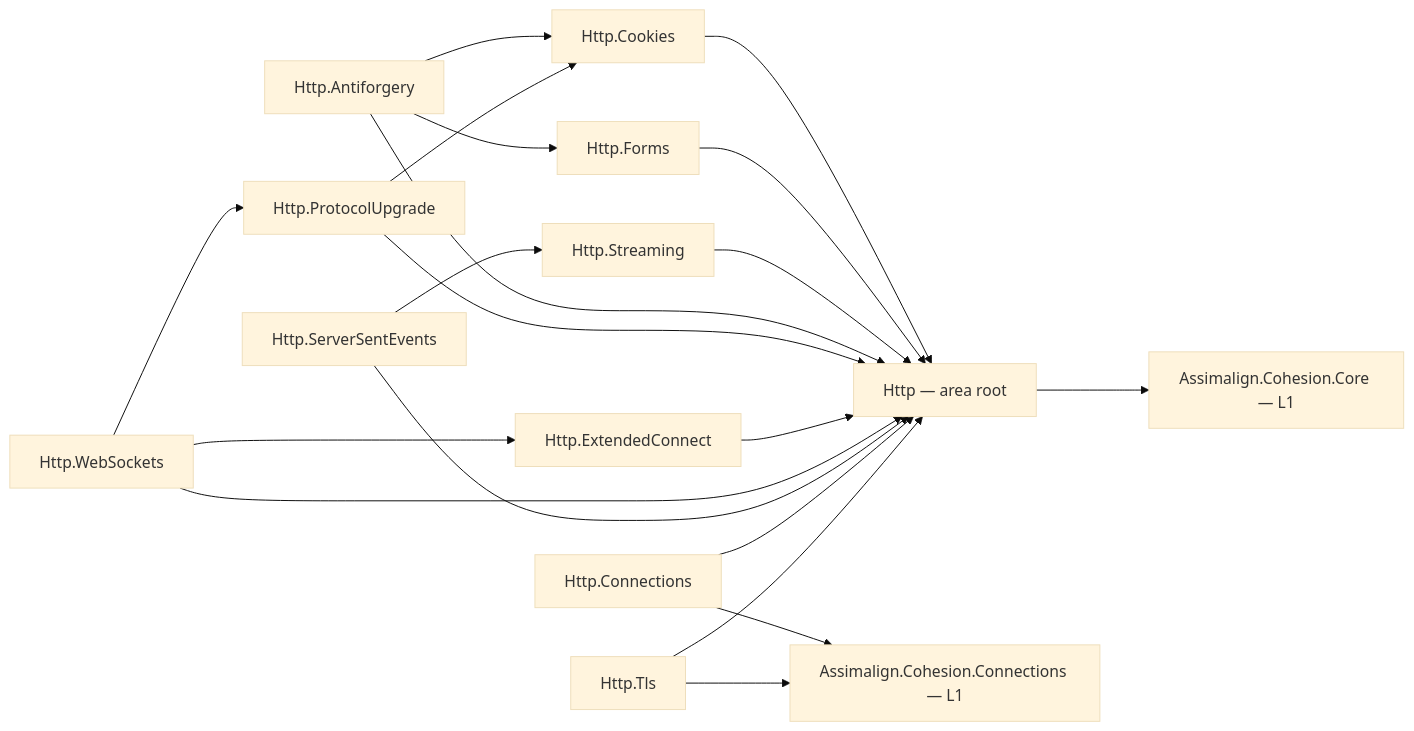
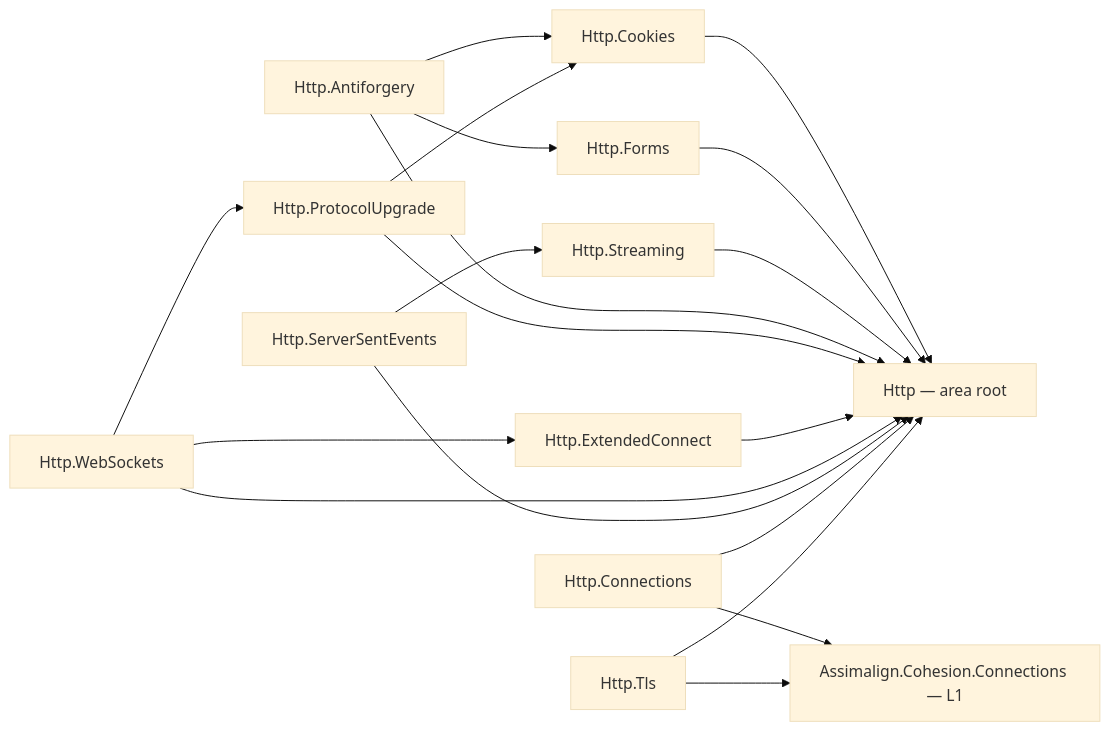
One commit to assimalign/cohesion changed the diagram in libraries/Http/README.md. Above: the diagram before and after it, drawn with Mermaid (base theme). The commit also changed other lines of this file and 14 other files, not shown here.

````diff
--- a/libraries/Http/README.md
+++ b/libraries/Http/README.md
@@ -14,35 +14,33 @@
 ```mermaid
 flowchart LR
     Root["Http — area root"]
-    Core["Assimalign.Cohesion.Core — L1"]
     Conn["Assimalign.Cohesion.Connections — L1"]
     Cookies["Http.Cookies"]
     Forms["Http.Forms"]
     Antiforgery["Http.Antiforgery"]
     Upgrade["Http.ProtocolUpgrade"]
     Ext["Http.ExtendedConnect"]
     WebSockets["Http.WebSockets"]
     Streaming["Http.Streaming"]
     Sse["Http.ServerSentEvents"]
     HttpConn["Http.Connections"]
     Tls["Http.Tls"]
-    Root --> Core
     Cookies --> Root
     Forms --> Root
     Streaming --> Root
     Antiforgery --> Root
     Antiforgery --> Cookies
     Antiforgery --> Forms
     Upgrade --> Root
     Upgrade --> Cookies
     Ext --> Root
     WebSockets --> Root
     WebSockets --> Upgrade
     WebSockets --> Ext
     Sse --> Root
     Sse --> Streaming
     HttpConn --> Root
     HttpConn --> Conn
     Tls --> Root
     Tls --> Conn
 ```
````
